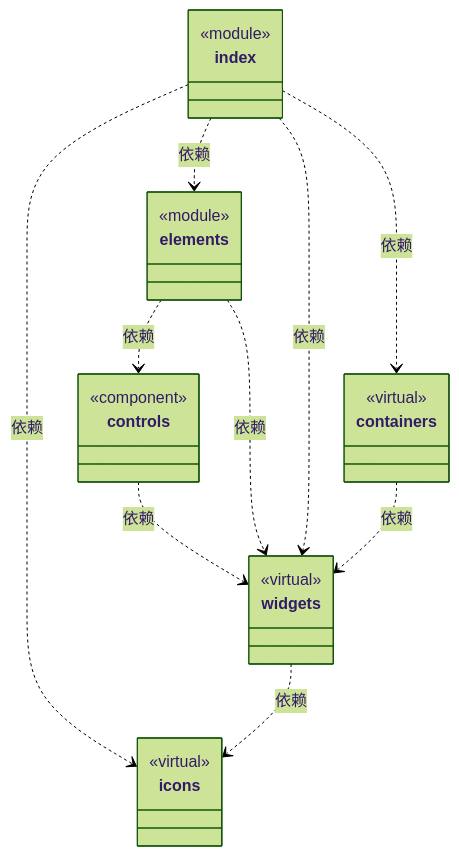
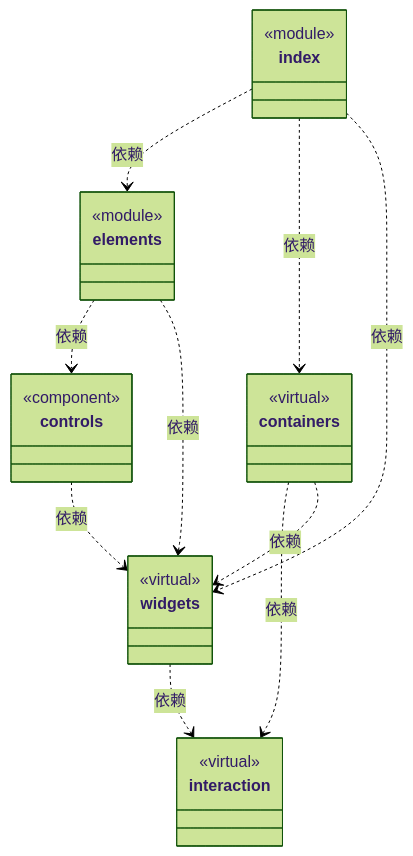
The first of 2 diagrams in src/framework-ui/ARCHITECTURE.md (nan023062/cbim), drawn with Mermaid (forest theme) before and after one commit. The commit also changed other lines of this file and 15 other files, not shown here.

````diff
--- a/src/framework-ui/ARCHITECTURE.md
+++ b/src/framework-ui/ARCHITECTURE.md
@@ -32,36 +32,36 @@
 ```mermaid
 classDiagram
 class N_bbfa01896bb3["widgets"] {
   <<virtual>>
 }
 click N_bbfa01896bb3 href "widgets/ARCHITECTURE.md"
 class N_b168e4b82143["controls"] {
   <<component>>
 }
 click N_b168e4b82143 href "controls.tsx"
 class N_c0f5b5c6bbcb["elements"] {
   <<module>>
 }
 click N_c0f5b5c6bbcb href "elements.ts"
 class N_f36918aa9143["index"] {
   <<module>>
 }
 click N_f36918aa9143 href "index.ts"
 class N_788f2c75b21b["containers"] {
   <<virtual>>
 }
 click N_788f2c75b21b href "containers/ARCHITECTURE.md"
-class N_3db91ab854e7["icons"] {
+class N_edb47f0763e2["interaction"] {
   <<virtual>>
 }
-click N_3db91ab854e7 href "icons/ARCHITECTURE.md"
+click N_edb47f0763e2 href "interaction/ARCHITECTURE.md"
 N_b168e4b82143 ..> N_bbfa01896bb3 : 依赖
 N_c0f5b5c6bbcb ..> N_b168e4b82143 : 依赖
 N_c0f5b5c6bbcb ..> N_bbfa01896bb3 : 依赖
 N_f36918aa9143 ..> N_c0f5b5c6bbcb : 依赖
 N_f36918aa9143 ..> N_788f2c75b21b : 依赖
-N_f36918aa9143 ..> N_3db91ab854e7 : 依赖
 N_f36918aa9143 ..> N_bbfa01896bb3 : 依赖
+N_788f2c75b21b ..> N_edb47f0763e2 : 依赖
 N_788f2c75b21b ..> N_bbfa01896bb3 : 依赖
-N_bbfa01896bb3 ..> N_3db91ab854e7 : 依赖
+N_bbfa01896bb3 ..> N_edb47f0763e2 : 依赖
 ```
````
